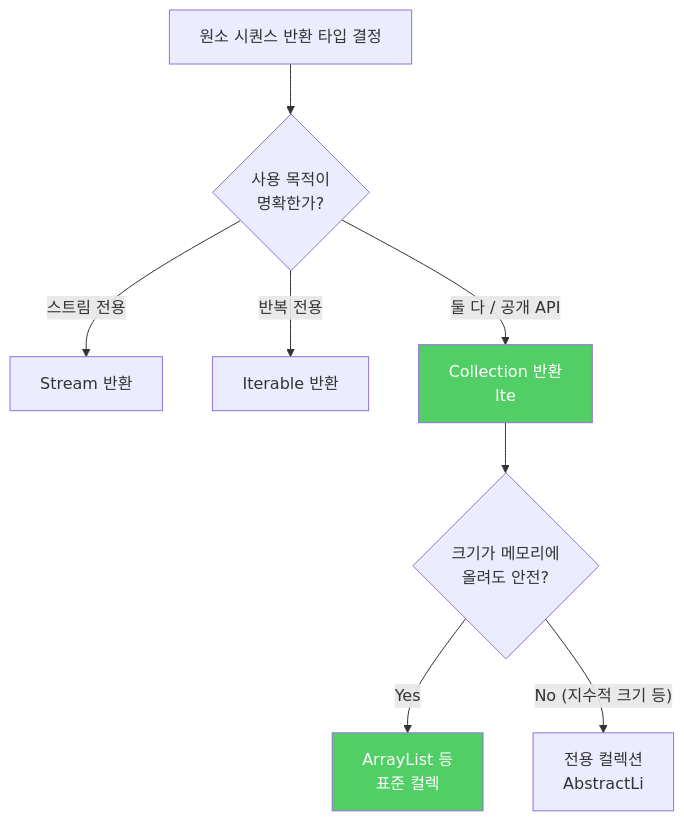
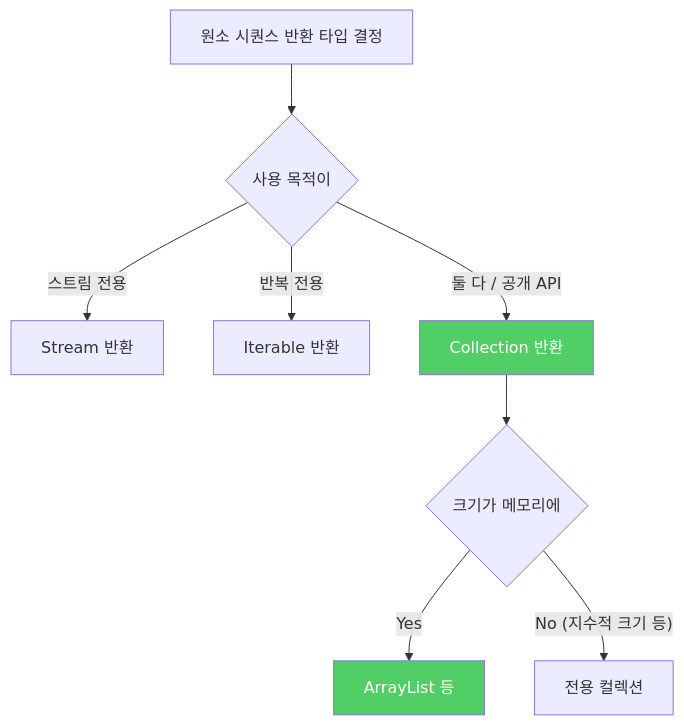
One commit to yjkim2015/yjkim2015.github.io changed the diagram in _posts/java/2022-01-24-effective-java47.md. Above: the diagram before and after it, drawn with Mermaid. The commit also changed 217 other files, not shown here.

First line of the commit message:
Mermaid 크기 수정: useMaxWidth:true + SVG max-width:100% + 라벨 축소

````diff
--- a/_posts/java/2022-01-24-effective-java47.md
+++ b/_posts/java/2022-01-24-effective-java47.md
@@ -50,12 +50,12 @@
 ```mermaid
 graph TD
-    A["원소 시퀀스 반환 타입 결정"] --> B{"사용 목적이\n명확한가?"}
+    A["원소 시퀀스 반환 타입 결정"] --> B{"사용 목적이"}
     B -->|"스트림 전용"| C["Stream 반환"]
     B -->|"반복 전용"| D["Iterable 반환"]
-    B -->|"둘 다 / 공개 API"| E["Collection 반환\nIte"]
-    E --> F{"크기가 메모리에\n올려도 안전?"}
-    F -->|"Yes"| G["ArrayList 등\n표준 컬렉"]
-    F -->|"No (지수적 크기 등)"| H["전용 컬렉션\nAbstractLi"]
+    B -->|"둘 다 / 공개 API"| E["Collection 반환"]
+    E --> F{"크기가 메모리에"}
+    F -->|"Yes"| G["ArrayList 등"]
+    F -->|"No (지수적 크기 등)"| H["전용 컬렉션"]
     style E fill:#51cf66,color:#fff
     style G fill:#51cf66,color:#fff
 ```
````
